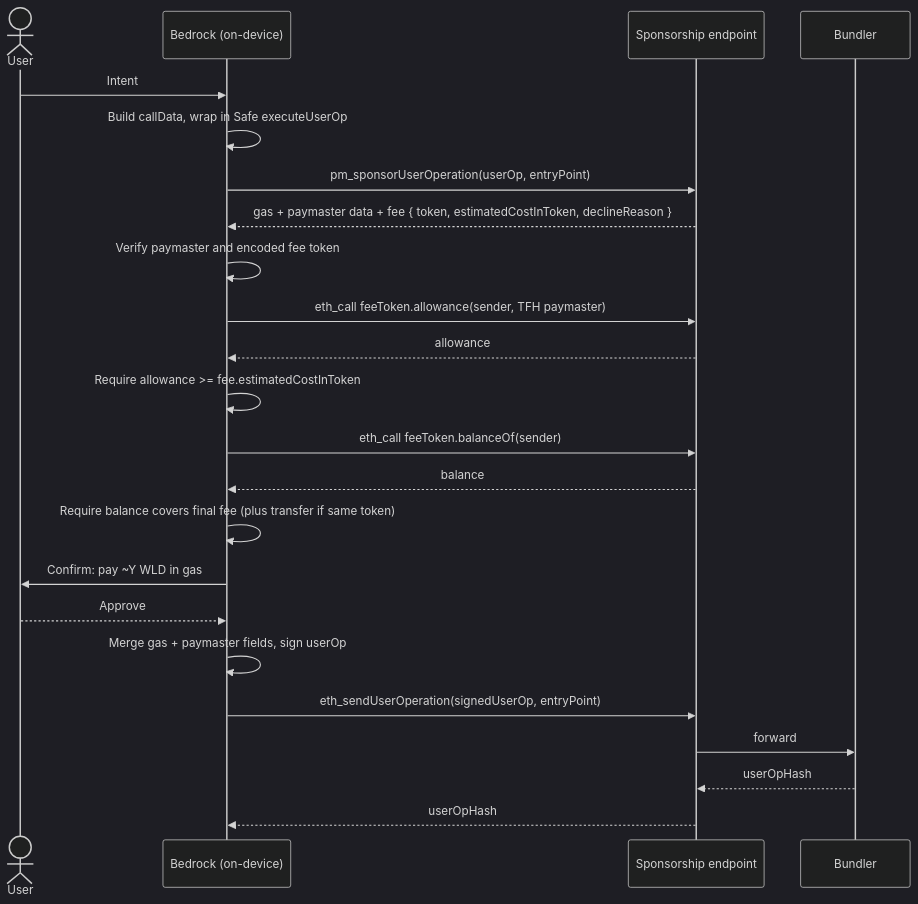
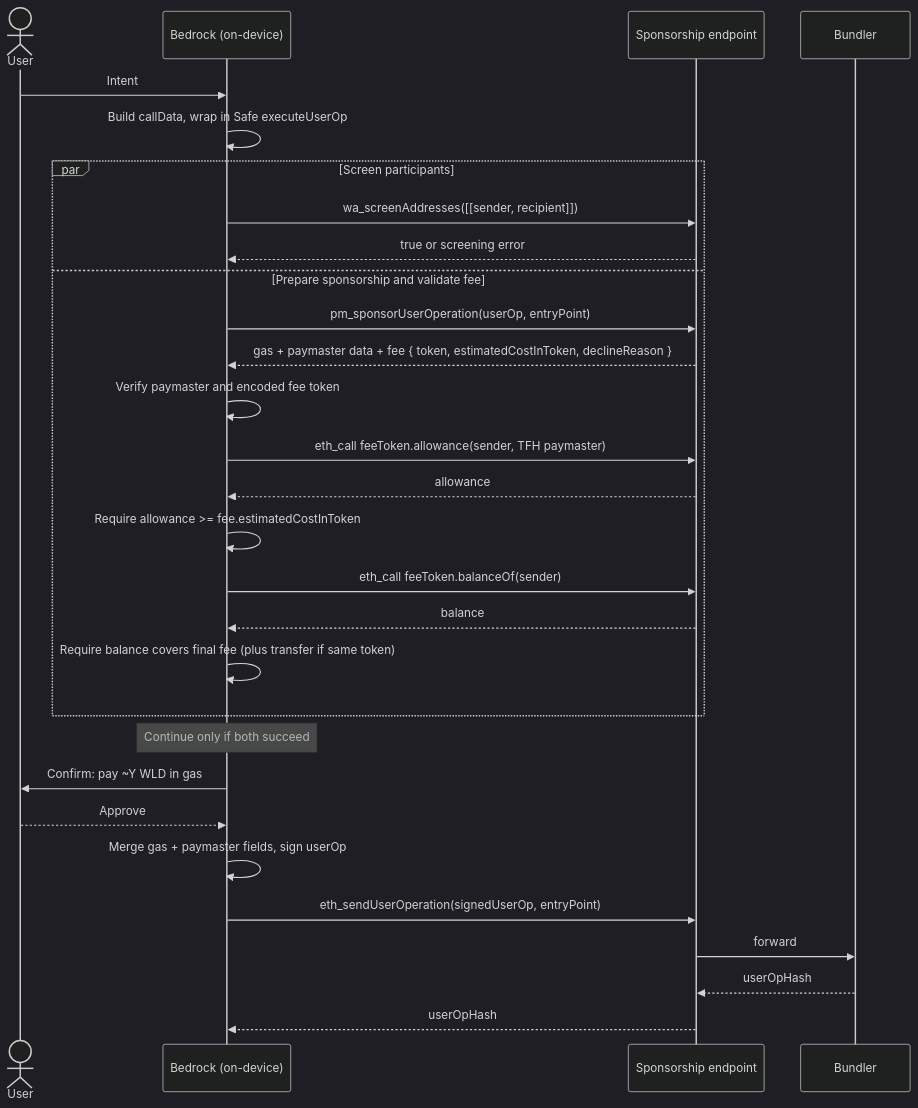
The second of 2 diagrams in bedrock/src/transactions/transaction.md (worldcoin/bedrock), drawn with Mermaid (dark theme) before and after one commit. The commit also changed other lines of this file and 8 other files, not shown here.

Commit message:
feat(transactions): screen transfer participants before signing (#463)

````diff
--- a/bedrock/src/transactions/transaction.md
+++ b/bedrock/src/transactions/transaction.md
@@ -107,29 +115,35 @@
 ```mermaid
 sequenceDiagram
     actor User
     participant Bedrock as Bedrock (on-device)
     participant Endpoint as Sponsorship endpoint
     participant Bundler
 
     User->>Bedrock: Intent
     Bedrock->>Bedrock: Build callData, wrap in Safe executeUserOp
 
-    Bedrock->>Endpoint: pm_sponsorUserOperation(userOp, entryPoint)
-    Endpoint-->>Bedrock: gas + paymaster data + fee { token, estimatedCostInToken, declineReason }
-    Bedrock->>Bedrock: Verify paymaster and encoded fee token
-    Bedrock->>Endpoint: eth_call feeToken.allowance(sender, TFH paymaster)
-    Endpoint-->>Bedrock: allowance
-    Bedrock->>Bedrock: Require allowance >= fee.estimatedCostInToken
-    Bedrock->>Endpoint: eth_call feeToken.balanceOf(sender)
-    Endpoint-->>Bedrock: balance
-    Bedrock->>Bedrock: Require balance covers final fee (plus transfer if same token)
+    par Screen participants
+        Bedrock->>Endpoint: wa_screenAddresses([[sender, recipient]])
+        Endpoint-->>Bedrock: true or screening error
+    and Prepare sponsorship and validate fee
+        Bedrock->>Endpoint: pm_sponsorUserOperation(userOp, entryPoint)
+        Endpoint-->>Bedrock: gas + paymaster data + fee { token, estimatedCostInToken, declineReason }
+        Bedrock->>Bedrock: Verify paymaster and encoded fee token
+        Bedrock->>Endpoint: eth_call feeToken.allowance(sender, TFH paymaster)
+        Endpoint-->>Bedrock: allowance
+        Bedrock->>Bedrock: Require allowance >= fee.estimatedCostInToken
+        Bedrock->>Endpoint: eth_call feeToken.balanceOf(sender)
+        Endpoint-->>Bedrock: balance
+        Bedrock->>Bedrock: Require balance covers final fee (plus transfer if same token)
+    end
+    Note over Bedrock: Continue only if both succeed
 
     Bedrock->>User: Confirm: pay ~Y WLD in gas
     User-->>Bedrock: Approve
     Bedrock->>Bedrock: Merge gas + paymaster fields, sign userOp
 
     Bedrock->>Endpoint: eth_sendUserOperation(signedUserOp, entryPoint)
     Endpoint->>Bundler: forward
     Bundler-->>Endpoint: userOpHash
     Endpoint-->>Bedrock: userOpHash
 ```
````
